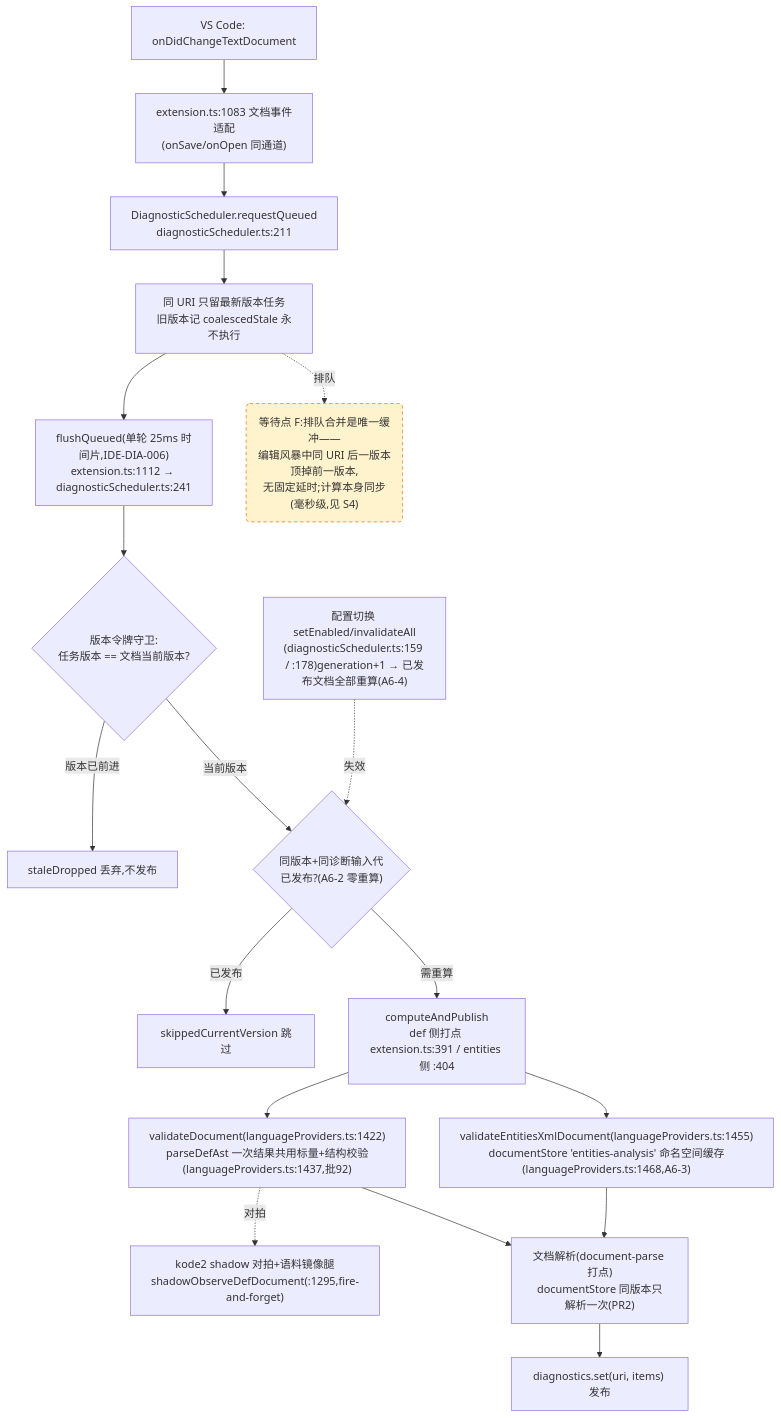
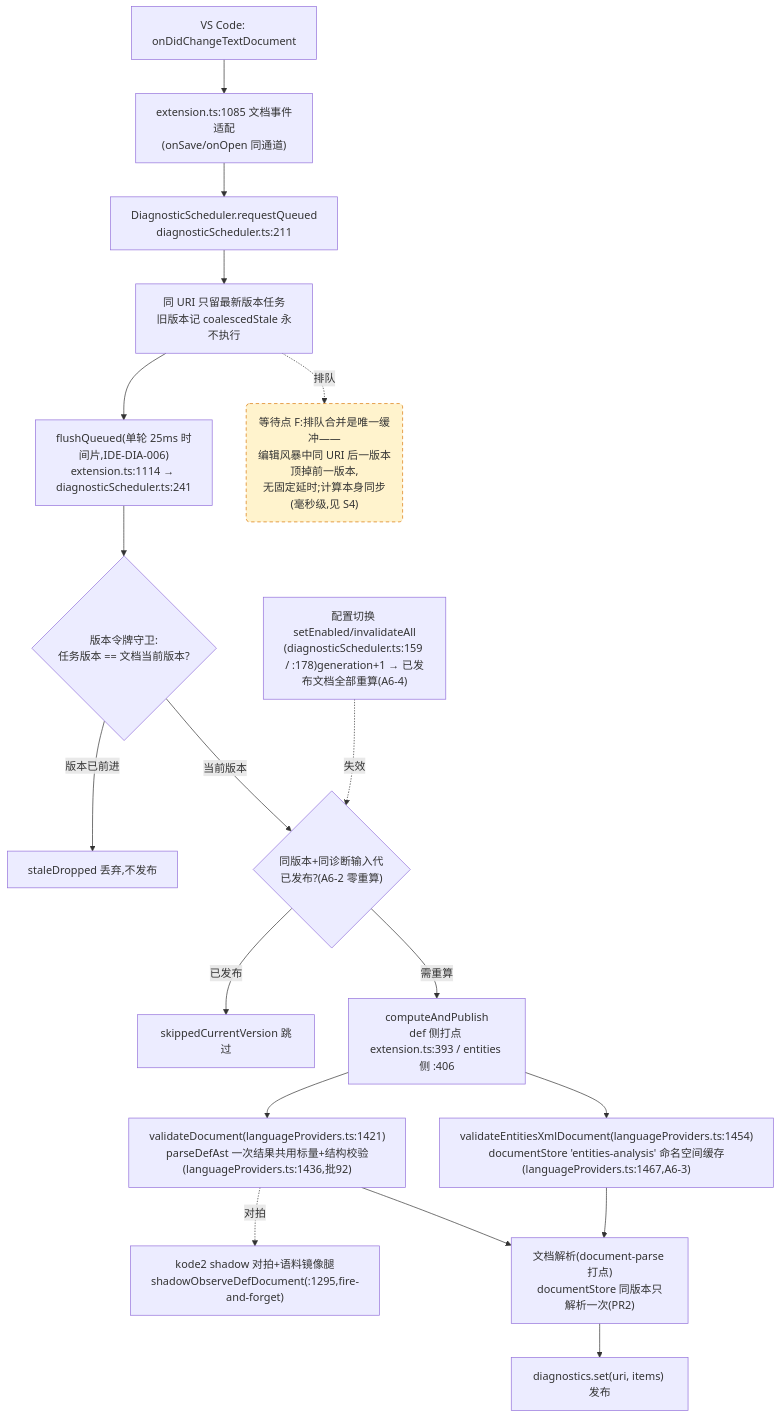
Before and after one commit to cuihairu/kode: the fourth of 4 diagrams in docs/perf/2026-baseline.md, drawn with Mermaid. The commit also changed other lines of this file and 17 other files, not shown here.

Commit message:
refactor: split schema core and presentation

````diff
--- a/docs/perf/2026-baseline.md
+++ b/docs/perf/2026-baseline.md
@@ -214,38 +214,38 @@
 ```mermaid
 flowchart TD
   CHG["VS Code: onDidChangeTextDocument"]
-  WATCH["extension.ts:1083 文档事件适配<br/>(onSave/onOpen 同通道)"]
+  WATCH["extension.ts:1085 文档事件适配<br/>(onSave/onOpen 同通道)"]
   RQ["DiagnosticScheduler.requestQueued<br/>diagnosticScheduler.ts:211"]
   CO["同 URI 只留最新版本任务<br/>旧版本记 coalescedStale 永不执行"]
-  FL["flushQueued(单轮 25ms 时间片,IDE-DIA-006)<br/>extension.ts:1112 → diagnosticScheduler.ts:241"]
+  FL["flushQueued(单轮 25ms 时间片,IDE-DIA-006)<br/>extension.ts:1114 → diagnosticScheduler.ts:241"]
   VG{"版本令牌守卫:<br/>任务版本 == 文档当前版本?"}
   DROP["staleDropped 丢弃,不发布"]
   GEN{"同版本+同诊断输入代<br/>已发布?(A6-2 零重算)"}
   SKIP["skippedCurrentVersion 跳过"]
-  CALC["computeAndPublish<br/>def 侧打点 extension.ts:391 / entities 侧 :404"]
-  VD["validateDocument(languageProviders.ts:1422)<br/>parseDefAst 一次结果共用标量+结构校验(languageProviders.ts:1437,批92)"]
-  VEX["validateEntitiesXmlDocument(languageProviders.ts:1455)<br/>documentStore 'entities-analysis' 命名空间缓存(languageProviders.ts:1468,A6-3)"]
+  CALC["computeAndPublish<br/>def 侧打点 extension.ts:393 / entities 侧 :406"]
+  VD["validateDocument(languageProviders.ts:1421)<br/>parseDefAst 一次结果共用标量+结构校验(languageProviders.ts:1436,批92)"]
+  VEX["validateEntitiesXmlDocument(languageProviders.ts:1454)<br/>documentStore 'entities-analysis' 命名空间缓存(languageProviders.ts:1467,A6-3)"]
   SHDD["kode2 shadow 对拍+语料镜像腿<br/>shadowObserveDefDocument(:1295,fire-and-forget)"]
   DS["文档解析(document-parse 打点)<br/>documentStore 同版本只解析一次(PR2)"]
   PUB["diagnostics.set(uri, items) 发布"]
   CFG2["配置切换 setEnabled/invalidateAll<br/>(diagnosticScheduler.ts:159 / :178)generation+1 → 已发布文档全部重算(A6-4)"]
 
   CHG --> WATCH --> RQ --> CO --> FL --> VG
   VG -- "版本已前进" --> DROP
   VG -- "当前版本" --> GEN
   GEN -- "已发布" --> SKIP
   GEN -- "需重算" --> CALC
   CALC --> VD
   CALC --> VEX
   VD --> DS
   VEX --> DS
   DS --> PUB
   VD -.->|对拍| SHDD
   CFG2 -.->|失效| GEN
 
   WAITF("等待点 F:排队合并是唯一缓冲——<br/>编辑风暴中同 URI 后一版本顶掉前一版本,<br/>无固定延时;计算本身同步(毫秒级,见 S4)")
   CO -.->|排队| WAITF
 
   classDef waitPoint fill:#fff3cd,stroke:#d97706,stroke-dasharray:5 4;
   class WAITF waitPoint;
 ```
````
